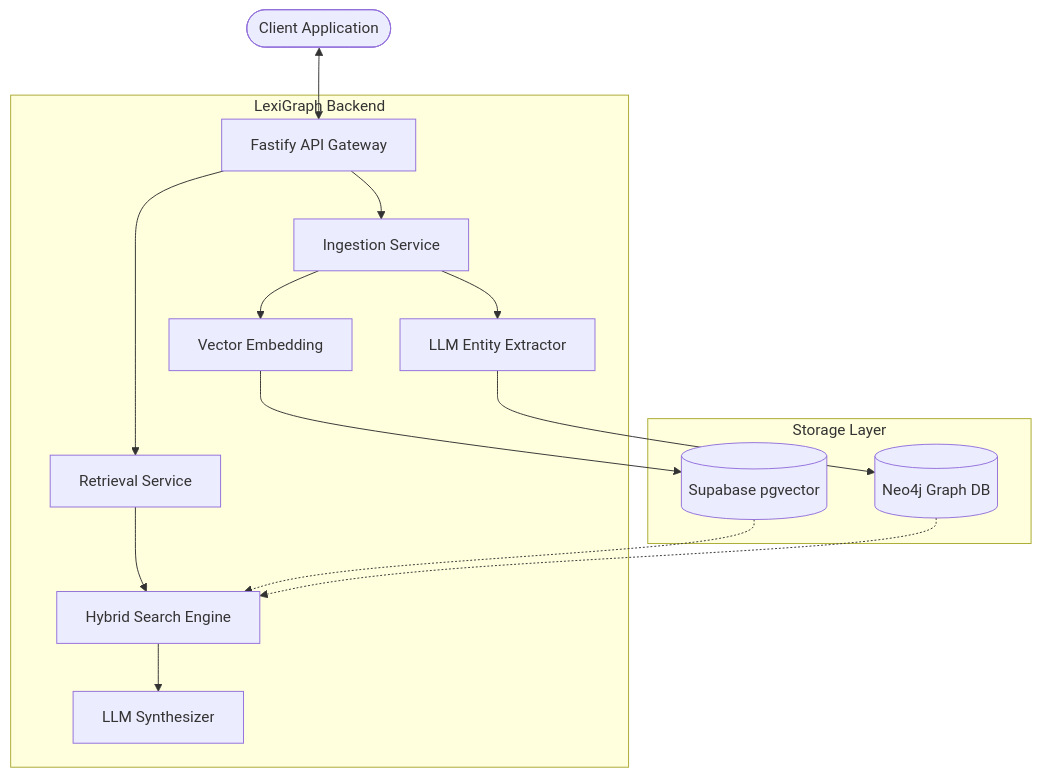
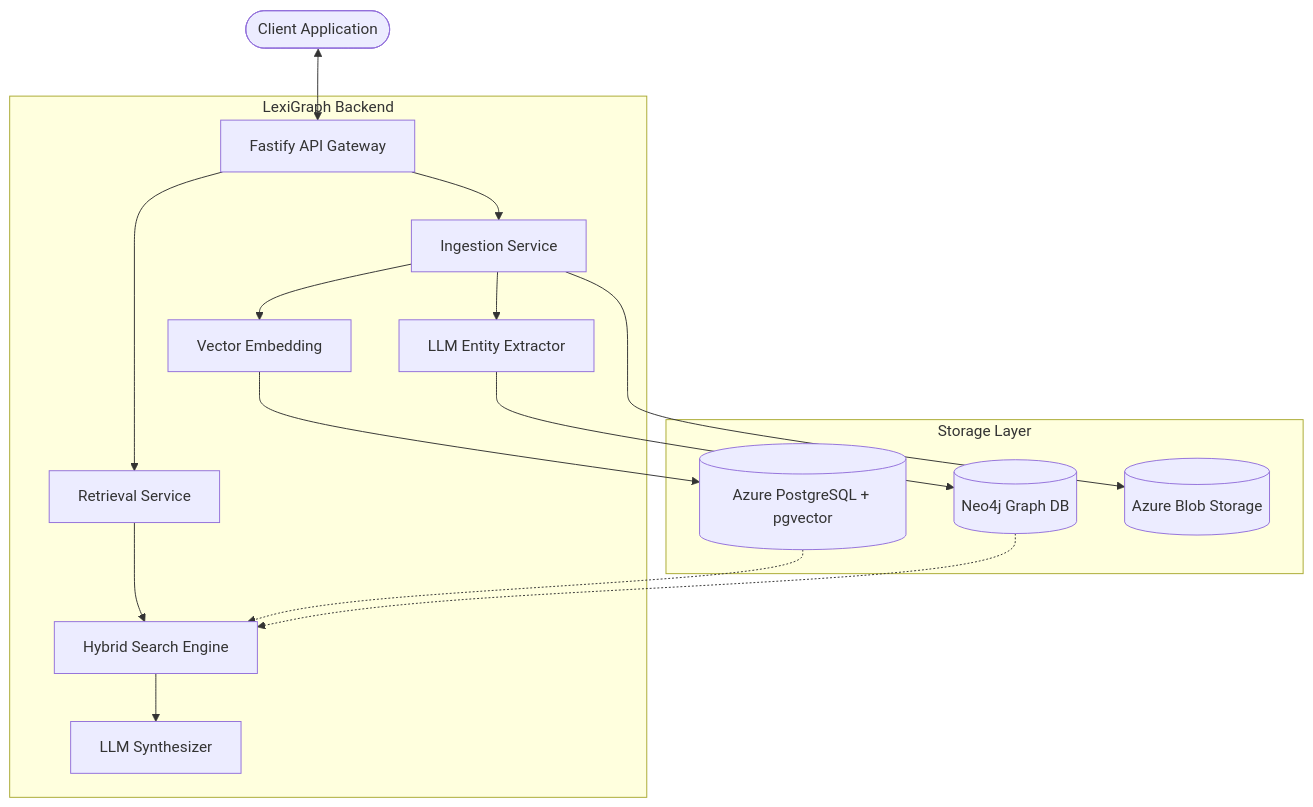
One commit to Myash21/LexiGraph changed the first of 3 diagrams in README.md. Above: the diagram before and after it, drawn with Mermaid. The commit also changed other lines of this file and 1 other file, not shown here.

````diff
--- a/README.md
+++ b/README.md
@@ -35,23 +34,24 @@
 ```mermaid
 flowchart TD
     Client([Client Application]) <--> API[Fastify API Gateway]
-    
+
     subgraph Services [LexiGraph Backend]
         API --> Ingest[Ingestion Service]
         API --> Query[Retrieval Service]
-        
+
         Ingest --> Embed[Vector Embedding]
         Ingest --> Extractor[LLM Entity Extractor]
-        
+
         Query --> Search[Hybrid Search Engine]
         Search --> Synthesizer[LLM Synthesizer]
     end
-    
+
     subgraph Data [Storage Layer]
-        Embed --> VDB[(Supabase pgvector)]
+        Embed --> VDB[(Azure PostgreSQL + pgvector)]
         Extractor --> GDB[(Neo4j Graph DB)]
-        
+        Ingest --> BLOB[(Azure Blob Storage)]
+
         VDB -.-> Search
         GDB -.-> Search
     end
 ```
````
